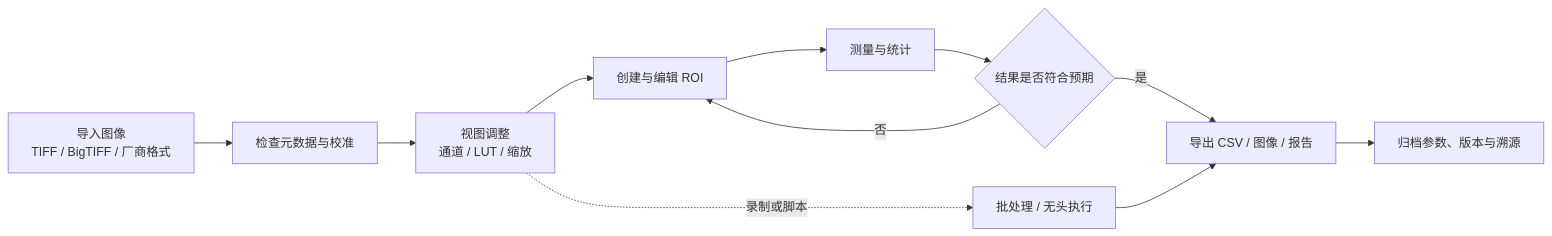
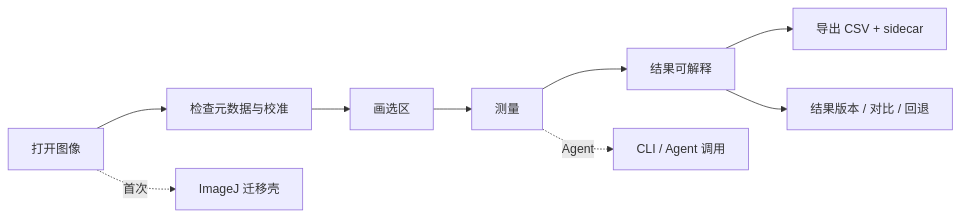
The diagram in docs/spec/requirements/product-requirements.md (xknife-erian/ImageLyre), drawn with Mermaid before and after one commit. The commit also changed other lines of this file and 10 other files, not shown here.

````diff
--- a/docs/spec/requirements/product-requirements.md
+++ b/docs/spec/requirements/product-requirements.md
@@ -103,13 +87,11 @@
 ```mermaid
 flowchart LR
-    A["导入图像<br/>TIFF / BigTIFF / 厂商格式"] --> B["检查元数据与校准"]
-    B --> C["视图调整<br/>通道 / LUT / 缩放"]
-    C --> D["创建与编辑 ROI"]
-    D --> E["测量与统计"]
-    E --> F{"结果是否符合预期"}
-    F -- 否 --> D
-    F -- 是 --> G["导出 CSV / 图像 / 报告"]
-    G --> H["归档参数、版本与溯源"]
-    C -.录制或脚本.-> I["批处理 / 无头执行"]
-    I --> G
+    A["打开图像"] --> B["检查元数据与校准"]
+    B --> C["画选区"]
+    C --> D["测量"]
+    D --> E["结果可解释"]
+    E --> F["导出 CSV + sidecar"]
+    E --> G["结果版本 / 对比 / 回退"]
+    A -.首次.-> H["ImageJ 迁移壳"]
+    D -.Agent.-> I["CLI / Agent 调用"]
 ```
````
